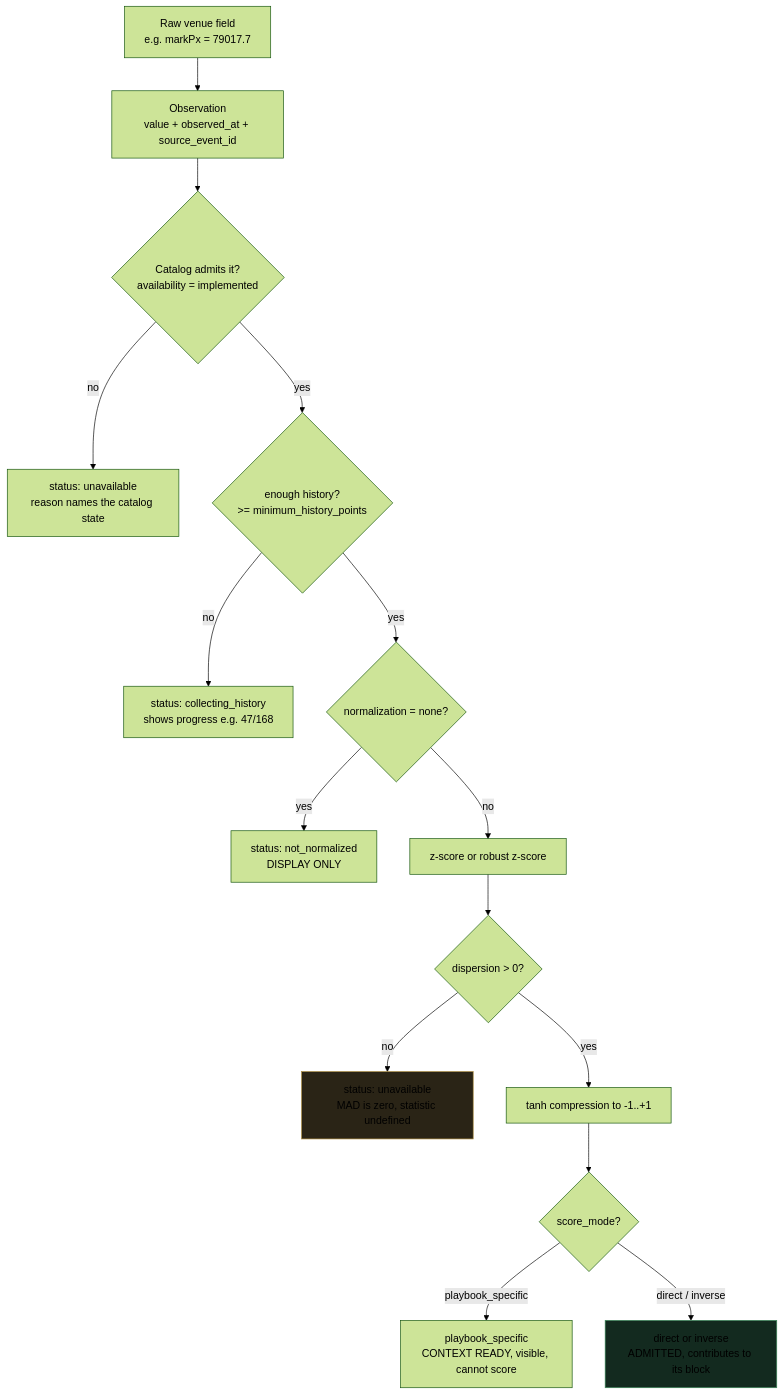
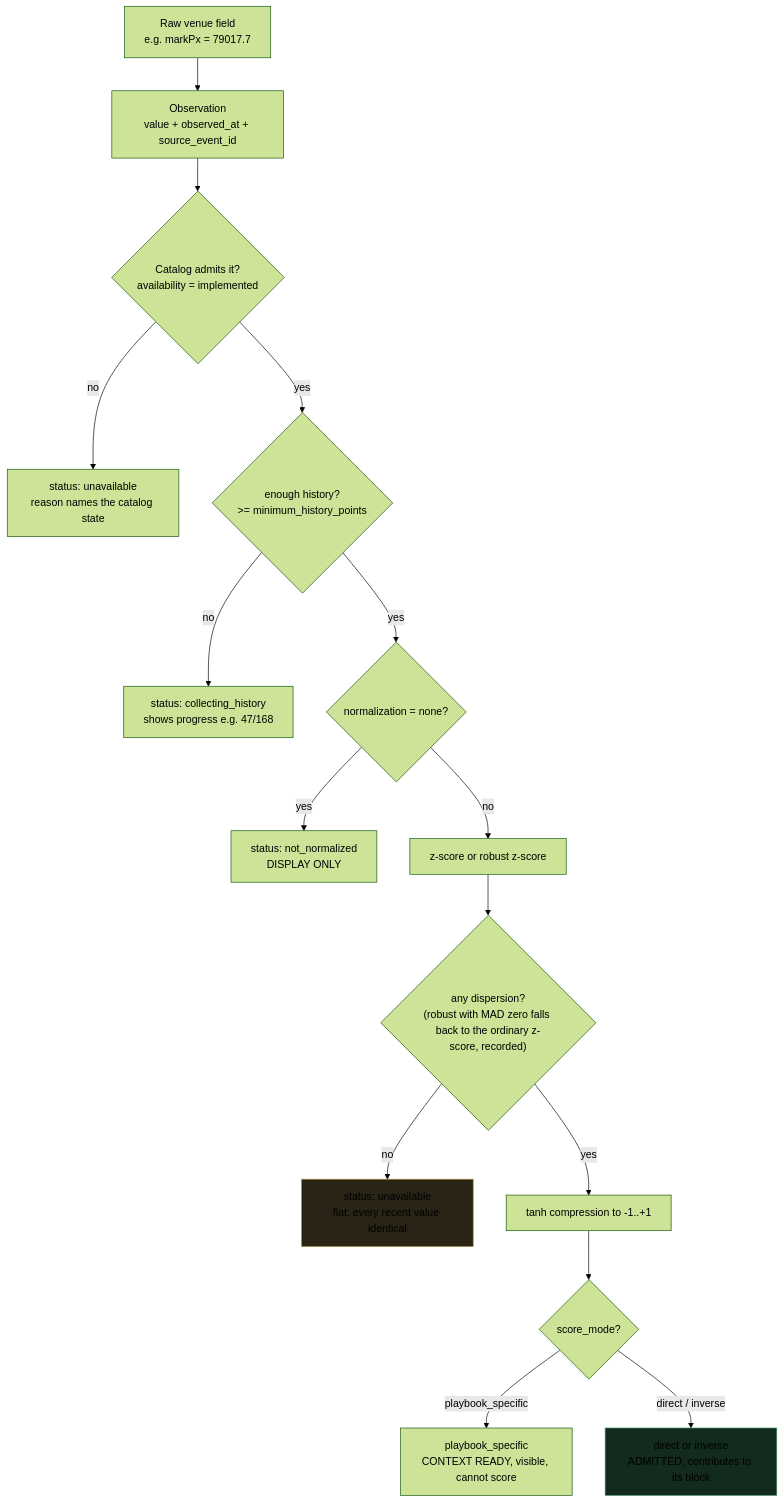
Before and after one commit to chasedndt/TradeSync: the first of 4 diagrams in docs/architecture/FEATURE_AND_REGIME_MATH.md, drawn with Mermaid (forest theme). The commit also changed other lines of this file and 3 other files, not shown here.

First line of the commit message:
feat(core): tick-valued features fall back to the ordinary z-score when MAD is zero

````diff
--- a/docs/architecture/FEATURE_AND_REGIME_MATH.md
+++ b/docs/architecture/FEATURE_AND_REGIME_MATH.md
@@ -32,33 +32,33 @@
 ```mermaid
 flowchart TD
   RAW["Raw venue field<br/>e.g. markPx = 79017.7"]
   OBS["Observation<br/>value + observed_at + source_event_id"]
   CAT{"Catalog admits it?<br/>availability = implemented"}
   GATE1["status: unavailable<br/>reason names the catalog state"]
   HIST{"enough history?<br/>>= minimum_history_points"}
   GATE2["status: collecting_history<br/>shows progress e.g. 47/168"]
   DISP{"normalization = none?"}
   GATE3["status: not_normalized<br/>DISPLAY ONLY"]
   NORMZ["z-score or robust z-score"]
-  MAD{"dispersion > 0?"}
-  GATE4["status: unavailable<br/>MAD is zero, statistic undefined"]
+  MAD{"any dispersion?<br/>(robust with MAD zero falls back to the ordinary z-score, recorded)"}
+  GATE4["status: unavailable<br/>flat: every recent value identical"]
   BOUND["tanh compression to -1..+1"]
   MODE{"score_mode?"}
   PB["playbook_specific<br/>CONTEXT READY, visible, cannot score"]
   ADM["direct or inverse<br/>ADMITTED, contributes to its block"]
 
   RAW --> OBS --> CAT
   CAT -->|no| GATE1
   CAT -->|yes| HIST
   HIST -->|no| GATE2
   HIST -->|yes| DISP
   DISP -->|yes| GATE3
   DISP -->|no| NORMZ --> MAD
   MAD -->|no| GATE4
   MAD -->|yes| BOUND --> MODE
   MODE -->|playbook_specific| PB
   MODE -->|direct / inverse| ADM
 
   style ADM fill:#132a1f,stroke:#3a8a5a
   style GATE4 fill:#2a2416,stroke:#a8883a
 ```
````
